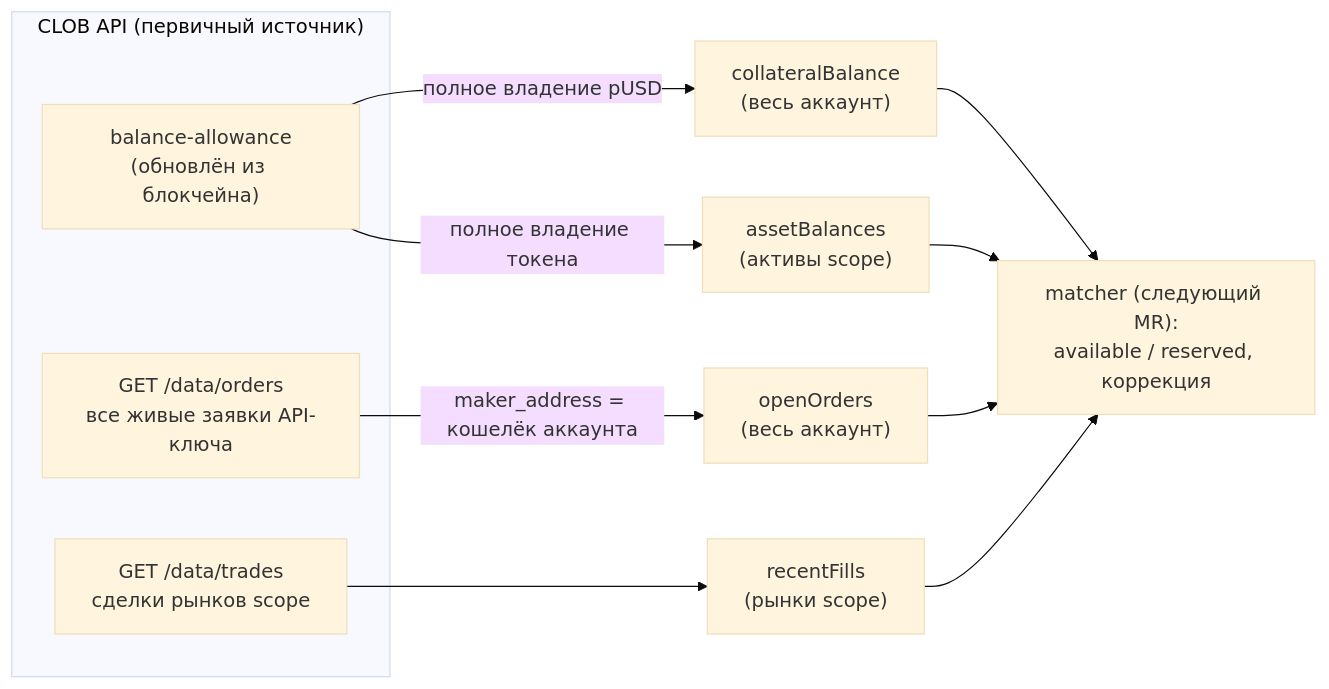
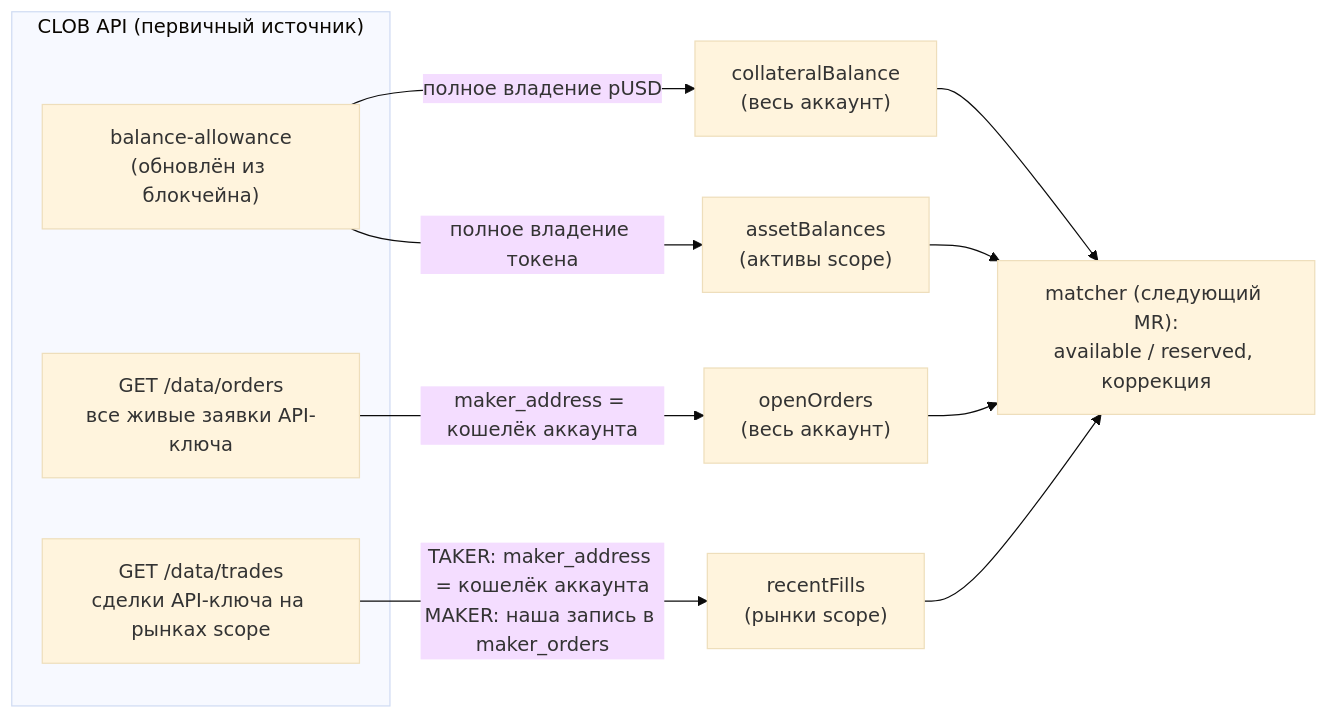
Before and after one commit to menvil/polymarket: the first of 2 diagrams in docs/guides/polymarket-clob-balance-semantics.md, drawn with Mermaid (base theme). The commit also changed other lines of this file and 8 other files, not shown here.

First line of the commit message:
fix(polymarket-v2): bind TAKER trades to the account wallet

````diff
--- a/docs/guides/polymarket-clob-balance-semantics.md
+++ b/docs/guides/polymarket-clob-balance-semantics.md
@@ -69,13 +71,13 @@
 ```mermaid
 flowchart LR
     subgraph CLOB["CLOB API (первичный источник)"]
         BA["balance-allowance<br/>(обновлён из блокчейна)"]
         OO["GET /data/orders<br/>все живые заявки API-ключа"]
-        TR["GET /data/trades<br/>сделки рынков scope"]
+        TR["GET /data/trades<br/>сделки API-ключа на рынках scope"]
     end
     BA -->|"полное владение pUSD"| C["collateralBalance<br/>(весь аккаунт)"]
     BA -->|"полное владение токена"| A["assetBalances<br/>(активы scope)"]
     OO -->|"maker_address = кошелёк аккаунта"| O["openOrders<br/>(весь аккаунт)"]
-    TR --> F["recentFills<br/>(рынки scope)"]
+    TR -->|"TAKER: maker_address = кошелёк аккаунта<br/>MAKER: наша запись в maker_orders"| F["recentFills<br/>(рынки scope)"]
     C & A & O & F --> M["matcher (следующий MR):<br/>available / reserved, коррекция"]
 ```
````
